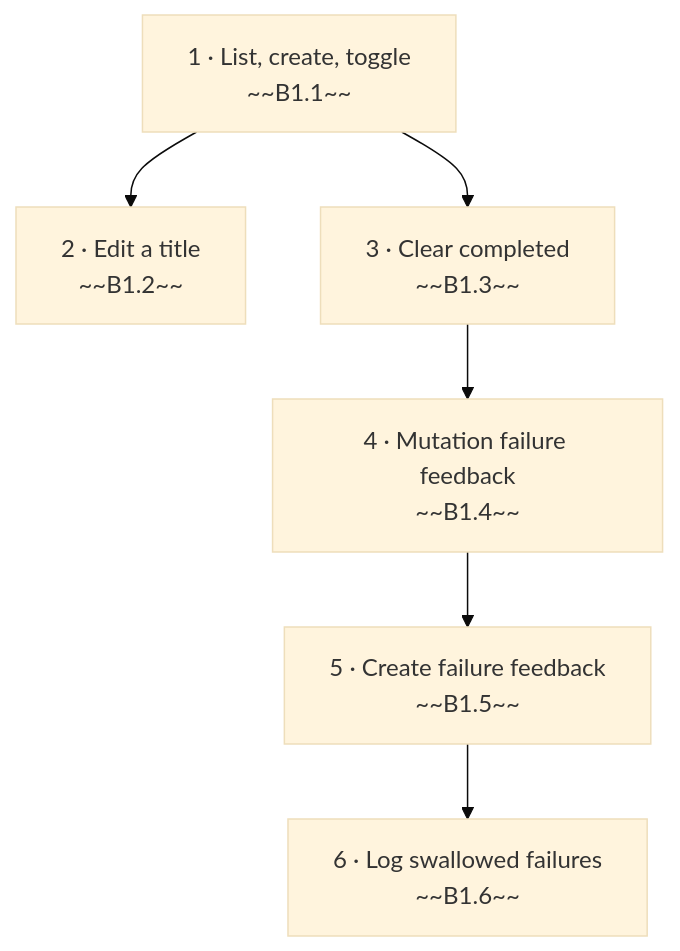
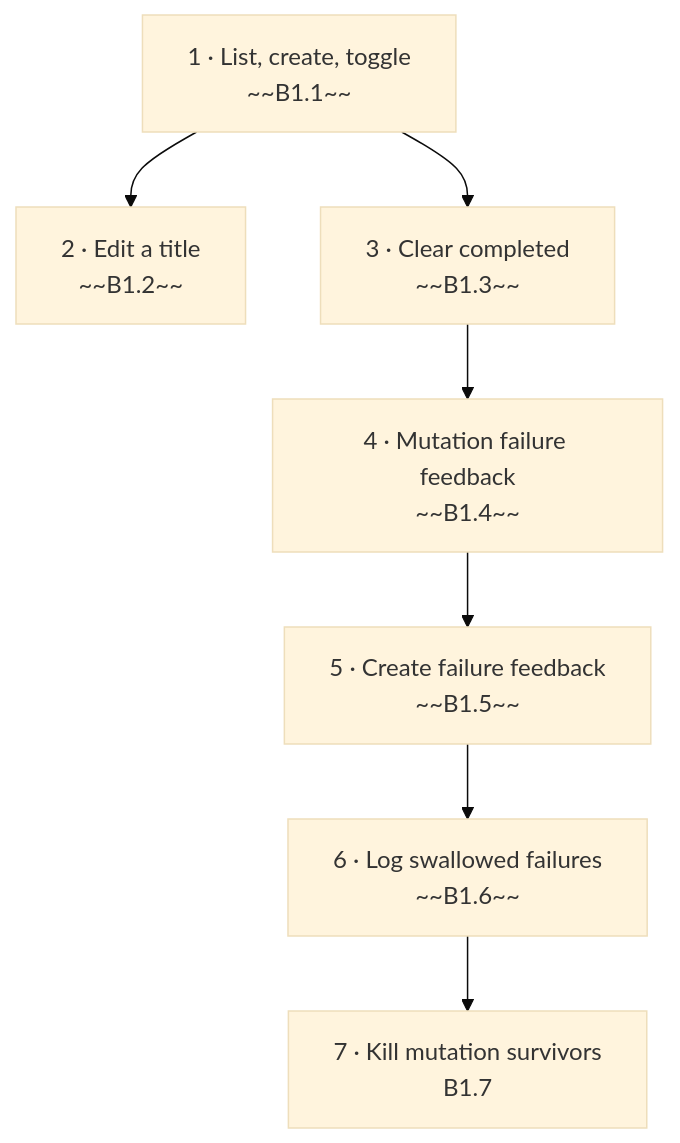
Before and after one commit to st-minhho2/level-up-lab: the diagram in backlog/README.md, drawn with Mermaid (base theme). The commit also changed other lines of this file and 1 other file, not shown here.

Commit message:
docs(backlog): card B1.7 kill pre-existing mutation survivors

````diff
--- a/backlog/README.md
+++ b/backlog/README.md
@@ -15,14 +15,16 @@
 ```mermaid
 flowchart TD
   S1["1 · List, create, toggle<br/>~~B1.1~~"]
   S2["2 · Edit a title<br/>~~B1.2~~"]
   S3["3 · Clear completed<br/>~~B1.3~~"]
   S1 --> S2
   S4["4 · Mutation failure feedback<br/>~~B1.4~~"]
   S1 --> S3
   S3 --> S4
   S5["5 · Create failure feedback<br/>~~B1.5~~"]
   S4 --> S5
   S6["6 · Log swallowed failures<br/>~~B1.6~~"]
   S5 --> S6
+  S7["7 · Kill mutation survivors<br/>B1.7"]
+  S6 --> S7
 ```
````
